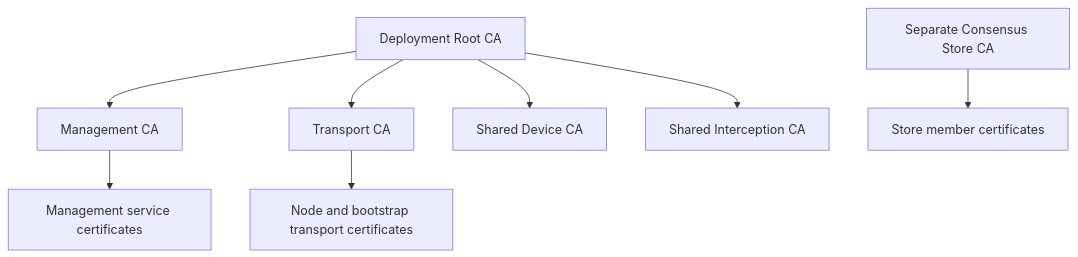
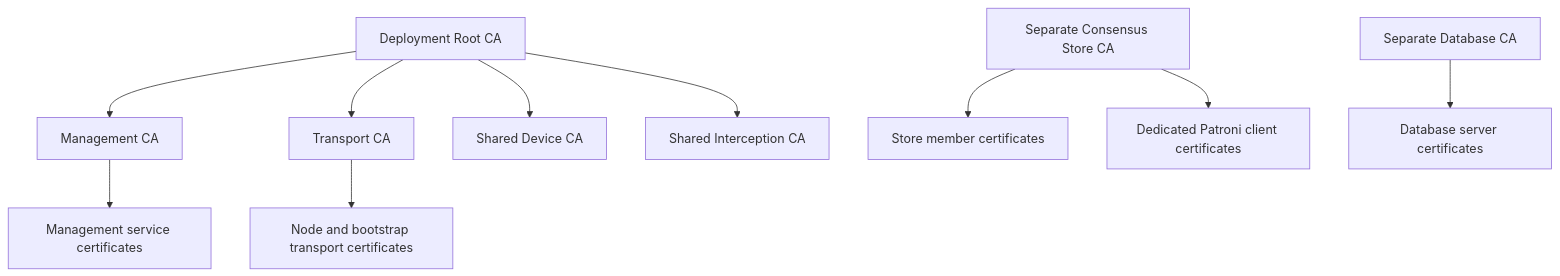
Before and after one commit to lantern-networks/dsse-core: the first of 2 diagrams in docs/pki.md, drawn with Mermaid. The commit also changed other lines of this file and 1557 other files, not shown here.

````diff
--- a/docs/pki.md
+++ b/docs/pki.md
@@ -35,10 +36,12 @@
 ```mermaid
 flowchart TD
     R[Deployment Root CA] --> M[Management CA]
     R --> T[Transport CA]
     R --> D[Shared Device CA]
     R --> I[Shared Interception CA]
     M --> ML[Management service certificates]
     T --> TL[Node and bootstrap transport certificates]
     S[Separate Consensus Store CA] --> SL[Store member certificates]
+    S --> SC[Dedicated Patroni client certificates]
+    B[Separate Database CA] --> BL[Database server certificates]
 ```
````
